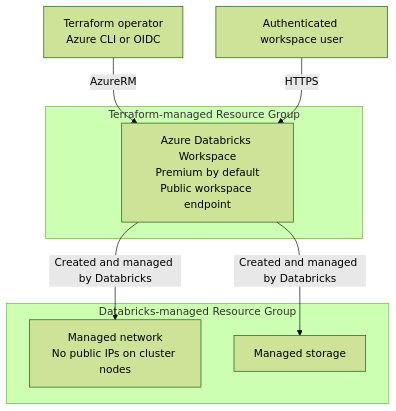
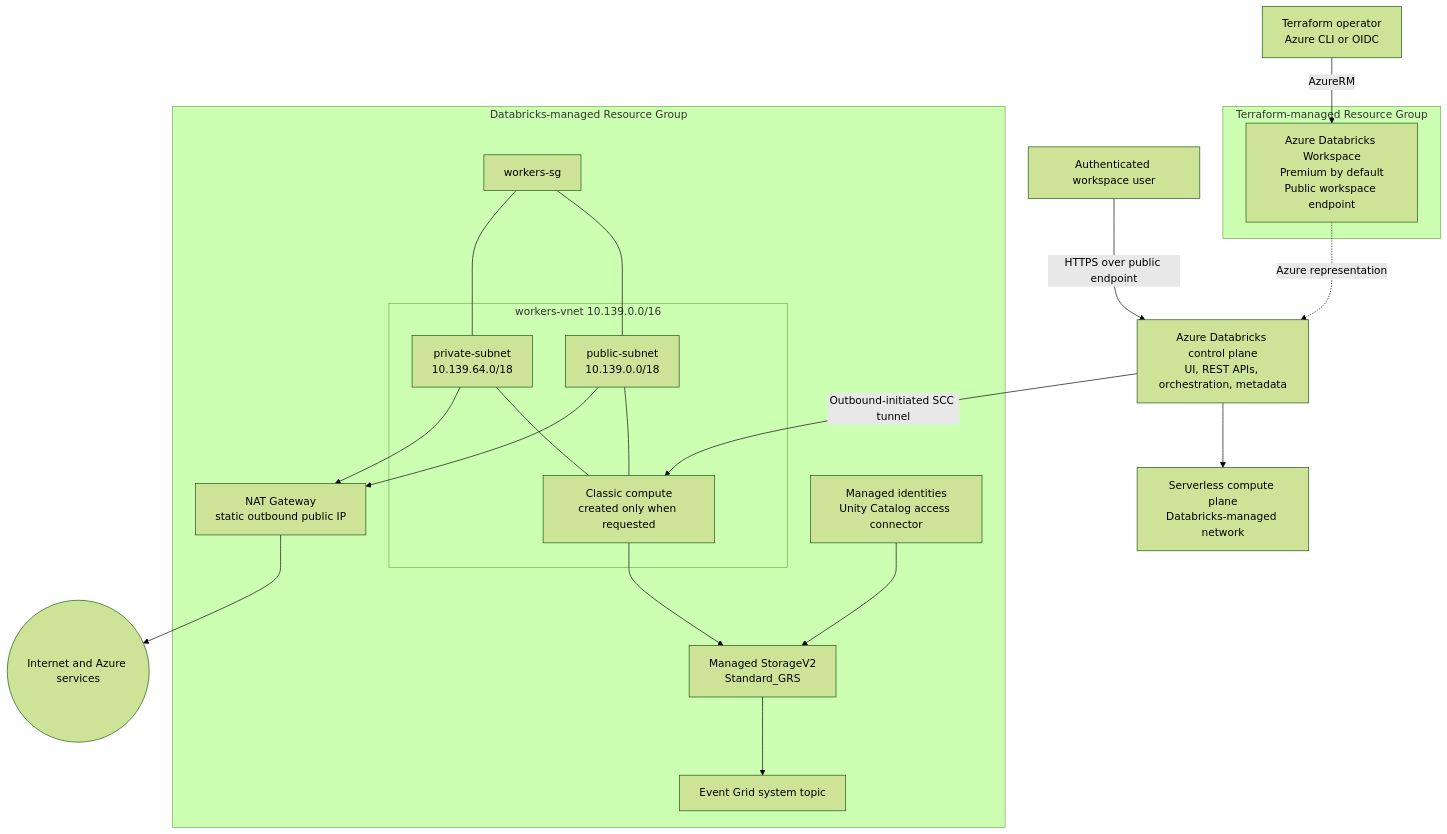
The diagram in infra/scenarios/azure_databricks_workspace/README.ja.md (ks6088ts/template-terraform), drawn with Mermaid (forest theme) before and after one commit. The commit also changed other lines of this file and 1 other file, not shown here.

Commit message:
feat(databricks): enhance README with detailed architecture and resource management insights

````diff
--- a/infra/scenarios/azure_databricks_workspace/README.ja.md
+++ b/infra/scenarios/azure_databricks_workspace/README.ja.md
@@ -42,19 +42,40 @@
 ```mermaid
 flowchart TB
     Operator["Terraform operator<br/>Azure CLI or OIDC"]
     User["Authenticated workspace user"]
+    Control["Azure Databricks control plane<br/>UI, REST APIs, orchestration, metadata"]
+    Serverless["Serverless compute plane<br/>Databricks-managed network"]
 
     subgraph ResourceGroup["Terraform-managed Resource Group"]
         Workspace["Azure Databricks Workspace<br/>Premium by default<br/>Public workspace endpoint"]
     end
 
     subgraph ManagedResourceGroup["Databricks-managed Resource Group"]
-        Network["Managed network<br/>No public IPs on cluster nodes"]
-        Storage["Managed storage"]
+        subgraph ManagedVNet["workers-vnet 10.139.0.0/16"]
+            PublicSubnet["public-subnet<br/>10.139.0.0/18"]
+            PrivateSubnet["private-subnet<br/>10.139.64.0/18"]
+            Classic["Classic compute<br/>created only when requested"]
+        end
+        NSG["workers-sg"]
+        NAT["NAT Gateway<br/>static outbound public IP"]
+        Storage["Managed StorageV2<br/>Standard_GRS"]
+        Identity["Managed identities<br/>Unity Catalog access connector"]
+        Events["Event Grid system topic"]
     end
 
     Operator -->|AzureRM| Workspace
-    User -->|HTTPS| Workspace
-    Workspace -->|Created and managed by Databricks| Network
-    Workspace -->|Created and managed by Databricks| Storage
+    User -->|HTTPS over public endpoint| Control
+    Workspace -. Azure representation .-> Control
+    Control -->|Outbound-initiated SCC tunnel| Classic
+    PublicSubnet --- Classic
+    PrivateSubnet --- Classic
+    NSG --- PublicSubnet
+    NSG --- PrivateSubnet
+    PublicSubnet --> NAT
+    PrivateSubnet --> NAT
+    NAT --> Internet((Internet and Azure services))
+    Classic --> Storage
+    Identity --> Storage
+    Storage --> Events
+    Control --> Serverless
 ```
````
